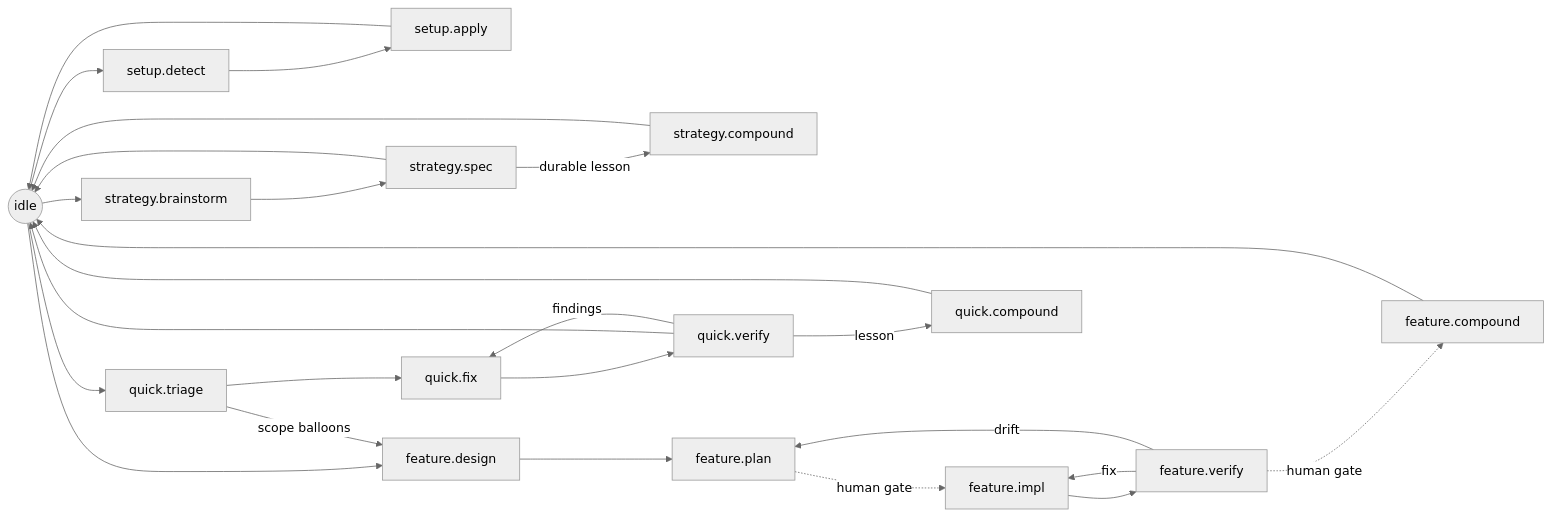
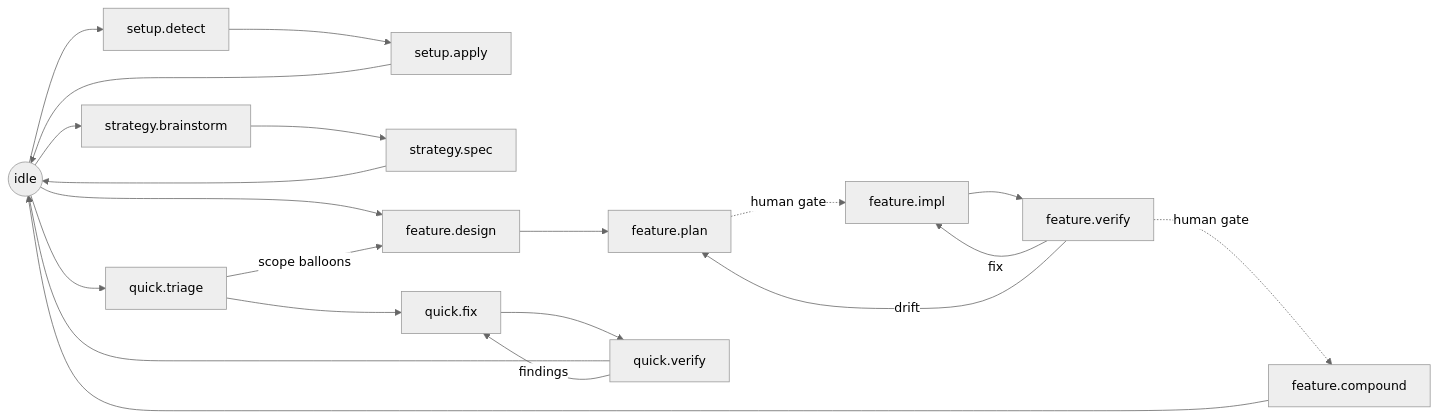
Before and after one commit to LennardZuendorf/vibe: the diagram in .spec/product.md, drawn with Mermaid (neutral theme). The commit also changed other lines of this file and 30 other files, not shown here.

First line of the commit message:
refactor(flow): cut caveman, amend, dead states

````diff
--- a/.spec/product.md
+++ b/.spec/product.md
@@ -146,16 +146,14 @@
 ```mermaid
 flowchart LR
     I((idle)) --> SD[setup.detect] --> SA[setup.apply] --> I
     I --> SB[strategy.brainstorm] --> SS[strategy.spec]
-    SS -->|durable lesson| SCo[strategy.compound] --> I
     SS --> I
     I --> FD[feature.design] --> FP[feature.plan]
     FP -. human gate .-> FI[feature.impl] --> FV[feature.verify]
     FV -. human gate .-> FC[feature.compound] --> I
     FV -->|fix| FI
     FV -->|drift| FP
     I --> QT[quick.triage] --> QF[quick.fix] --> QV[quick.verify] --> I
-    QV -->|lesson| QC[quick.compound] --> I
     QV -->|findings| QF
     QT -->|scope balloons| FD
 ```
````
